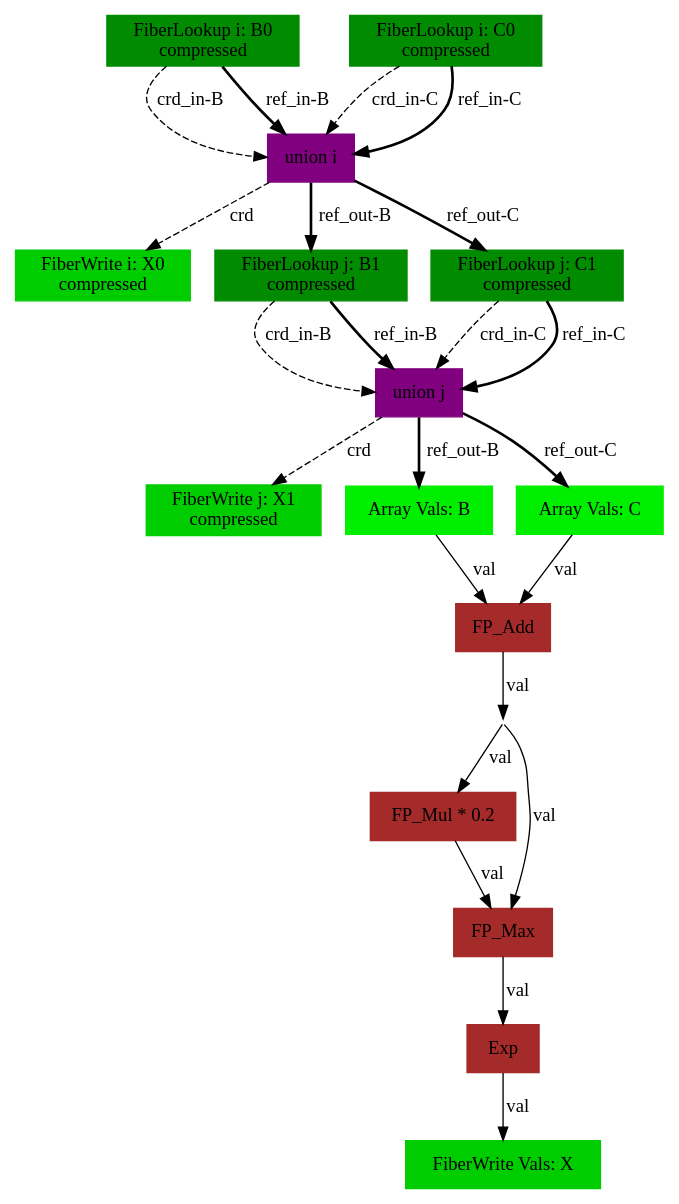
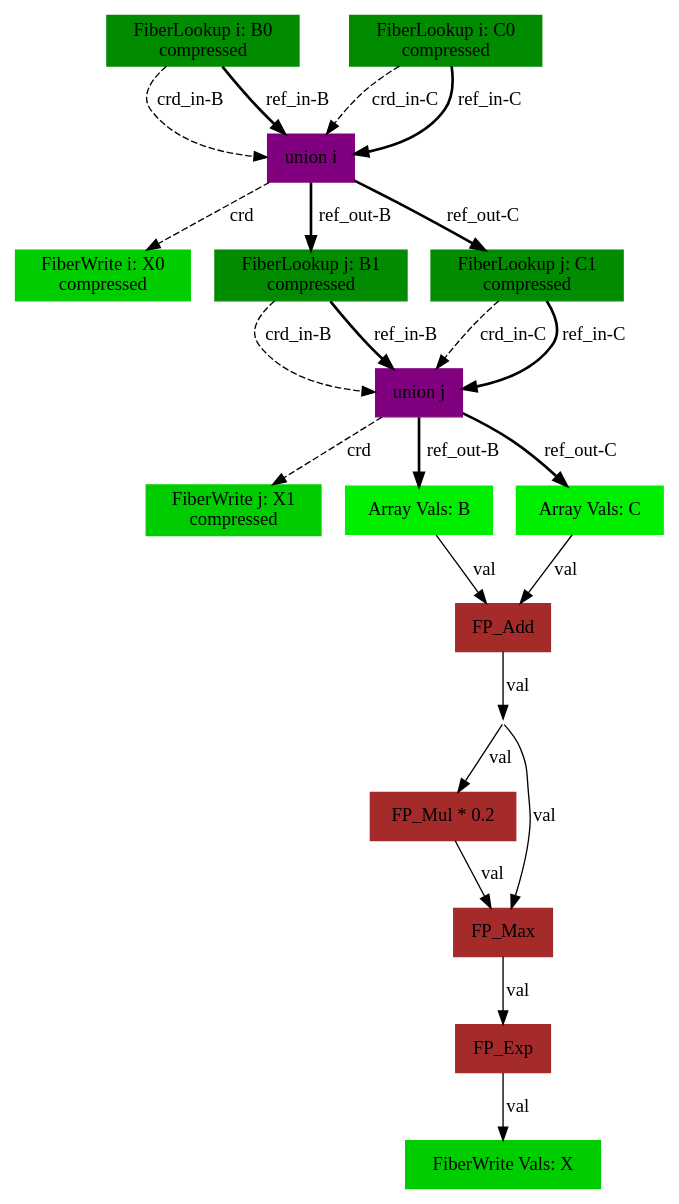
One commit to weiya711/sam changed the diagram in compiler/sam-outputs/onyx-dot/mat_elemadd_leakyrelu_exp.gv. Above: the diagram before and after it, drawn with Graphviz. The commit also changed 2 other files, not shown here.

Commit message:
add graph for mat_elemdiv, update the exponential operation name from exp to fp_exp, update parse_dot.py to support mapping the div complex op

```diff
--- a/compiler/sam-outputs/onyx-dot/mat_elemadd_leakyrelu_exp.gv
+++ b/compiler/sam-outputs/onyx-dot/mat_elemadd_leakyrelu_exp.gv
@@ -1,41 +1,41 @@
 digraph SAM {
     comment="X=ss01,B=ss01,C=ss01"
     10 [comment="type=fiberlookup,index=i,tensor=B,mode=0,format=compressed,src=true,root=true" label="FiberLookup i: B0\ncompressed" color=green4 shape=box style=filled type="fiberlookup" index="i" tensor="B" mode="0" format="compressed" src="true" root="true"]
     9 [comment="type=union,index=i" label="union i" color=purple shape=box style=filled type="union" index="i"]
     2 [comment="type=fiberwrite,index=i,tensor=X,mode=0,format=compressed,segsize=2,crdsize=B0_dim,sink=true" label="FiberWrite i: X0\ncompressed" color=green3 shape=box style=filled type="fiberwrite" index="i" tensor="X" mode="0" format="compressed" segsize="2" crdsize="B0_dim" sink="true"]
     7 [comment="type=fiberlookup,index=j,tensor=B,mode=1,format=compressed,src=true,root=false" label="FiberLookup j: B1\ncompressed" color=green4 shape=box style=filled type="fiberlookup" index="j" tensor="B" mode="1" format="compressed" src="true" root="false"]
     6 [comment="type=union,index=j" label="union j" color=purple shape=box style=filled type="union" index="j"]
     1 [comment="type=fiberwrite,index=j,tensor=X,mode=1,format=compressed,segsize=B0_dim+1,crdsize=B0_dim*B1_dim,sink=true" label="FiberWrite j: X1\ncompressed" color=green3 shape=box style=filled type="fiberwrite" index="j" tensor="X" mode="1" format="compressed" segsize="B0_dim+1" crdsize="B0_dim*B1_dim" sink="true"]
     4 [comment="type=arrayvals,tensor=B" label="Array Vals: B" color=green2 shape=box style=filled type="arrayvals" tensor="B"]
     3 [comment="type=fp_add" label="FP_Add" color=brown shape=box style=filled type="fp_add"]
     12 [comment="broadcast" shape=point style=invis type="broadcast"]
     13 [comment="type=fp_mul,const0=0.2" label="FP_Mul * 0.2" color=brown shape=box style=filled type="fp_mul" const0="0.2"]
     14 [comment="type=fp_max" label="FP_Max" color=brown shape=box style=filled type="fp_max"]
-    15 [comment="type=exp" label="Exp" color=brown shape=box style=filled type="exp"]
+    15 [comment="type=fp_exp" label="FP_Exp" color=brown shape=box style=filled type="fp_exp"]
     0 [comment="type=fiberwrite,mode=vals,tensor=X,size=1*B0_dim*B1_dim,sink=true" label="FiberWrite Vals: X" color=green3 shape=box style=filled type="fiberwrite" tensor="X" mode="vals" size="1*B0_dim*B1_dim" sink="true"]
     5 [comment="type=arrayvals,tensor=C" label="Array Vals: C" color=green2 shape=box style=filled type="arrayvals" tensor="C"]
     8 [comment="type=fiberlookup,index=j,tensor=C,mode=1,format=compressed,src=true,root=false" label="FiberLookup j: C1\ncompressed" color=green4 shape=box style=filled type="fiberlookup" index="j" tensor="C" mode="1" format="compressed" src="true" root="false"]
     11 [comment="type=fiberlookup,index=i,tensor=C,mode=0,format=compressed,src=true,root=true" label="FiberLookup i: C0\ncompressed" color=green4 shape=box style=filled type="fiberlookup" index="i" tensor="C" mode="0" format="compressed" src="true" root="true"]
     10 -> 9 [label="crd_in-B" style=dashed type="crd" comment="in-B"]
     9 -> 2 [label="crd" style=dashed type="crd"]
     9 -> 7 [label="ref_out-B" style=bold type="ref" comment="out-B"]
     7 -> 6 [label="crd_in-B" style=dashed type="crd" comment="in-B"]
     6 -> 1 [label="crd" style=dashed type="crd"]
     6 -> 4 [label="ref_out-B" style=bold type="ref" comment="out-B"]
     4 -> 3 [label="val" type="val"]
     3 -> 12 [label="val" type="val"]
     12 -> 13 [label="val" type="val"]
     12 -> 14 [label="val" type="val"]
     13 -> 14 [label="val" type="val"]
     14 -> 15 [label="val" type="val"]
     15 -> 0 [label="val" type="val"]
     6 -> 5 [label="ref_out-C" style=bold type="ref" comment="out-C"]
     5 -> 3 [label="val" type="val"]
     7 -> 6 [label="ref_in-B" style=bold type="ref" comment="in-B"]
     9 -> 8 [label="ref_out-C" style=bold type="ref" comment="out-C"]
     8 -> 6 [label="crd_in-C" style=dashed type="crd" comment="in-C"]
     8 -> 6 [label="ref_in-C" style=bold type="ref" comment="in-C"]
     10 -> 9 [label="ref_in-B" style=bold type="ref" comment="in-B"]
     11 -> 9 [label="crd_in-C" style=dashed type="crd" comment="in-C"]
     11 -> 9 [label="ref_in-C" style=bold type="ref" comment="in-C"]
 }
```
